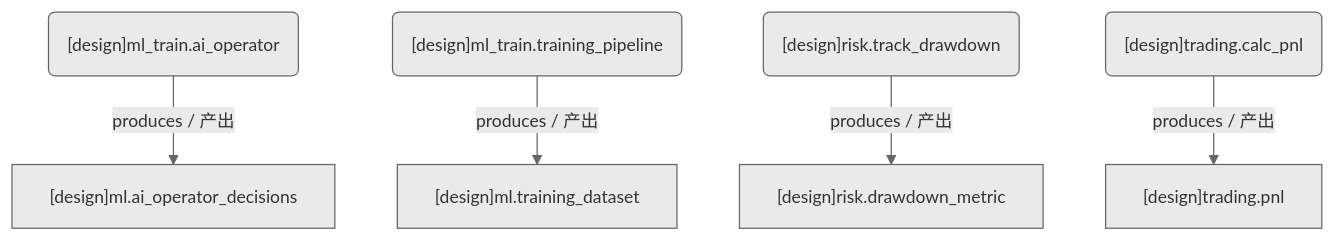
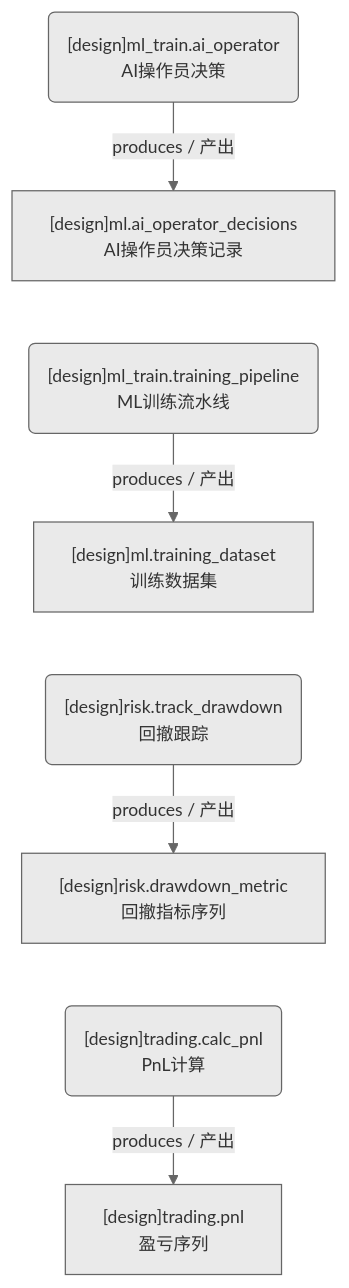
The diagram in docs/02_enterprise_architecture/05_dataflow_architecture/d_others.md (xuanFelixVan/ZephyrAlpha), drawn with Mermaid before and after one commit. The commit also changed other lines of this file and 11 other files, not shown here.

````diff
--- a/docs/02_enterprise_architecture/05_dataflow_architecture/d_others.md
+++ b/docs/02_enterprise_architecture/05_dataflow_architecture/d_others.md
@@ -21,16 +23,19 @@
 ```mermaid
 %%{init: {'theme': 'base', 'themeVariables': {'primaryColor': '#eaeaea', 'primaryTextColor': '#333333', 'primaryBorderColor': '#666666', 'lineColor': '#666666', 'secondaryColor': '#eaeaea', 'tertiaryColor': '#eaeaea', 'fontSize': '14px'}}}%%
 flowchart TD
-    DS11271["[design]ml.ai_operator_decisions"]
-    DS11272["[design]ml.training_dataset"]
-    DS11273["[design]risk.drawdown_metric"]
-    DS11274["[design]trading.pnl"]
-    JOB757635("[design]ml_train.ai_operator")
-    JOB757636("[design]ml_train.training_pipeline")
-    JOB757637("[design]risk.track_drawdown")
-    JOB757638("[design]trading.calc_pnl")
+    DS11271["[design]ml.ai_operator_decisions<br/>AI操作员决策记录"]
+    DS11272["[design]ml.training_dataset<br/>训练数据集"]
+    DS11273["[design]risk.drawdown_metric<br/>回撤指标序列"]
+    DS11274["[design]trading.pnl<br/>盈亏序列"]
+    JOB757635("[design]ml_train.ai_operator<br/>AI操作员决策")
+    JOB757636("[design]ml_train.training_pipeline<br/>ML训练流水线")
+    JOB757637("[design]risk.track_drawdown<br/>回撤跟踪")
+    JOB757638("[design]trading.calc_pnl<br/>PnL计算")
     JOB757635 -->|produces / 产出| DS11271
     JOB757636 -->|produces / 产出| DS11272
     JOB757637 -->|produces / 产出| DS11273
     JOB757638 -->|produces / 产出| DS11274
+    DS11271 ~~~ JOB757636
+    DS11272 ~~~ JOB757637
+    DS11273 ~~~ JOB757638
 ```
````
